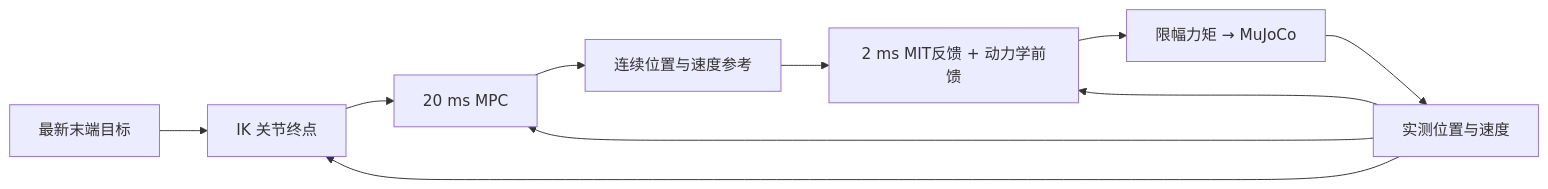
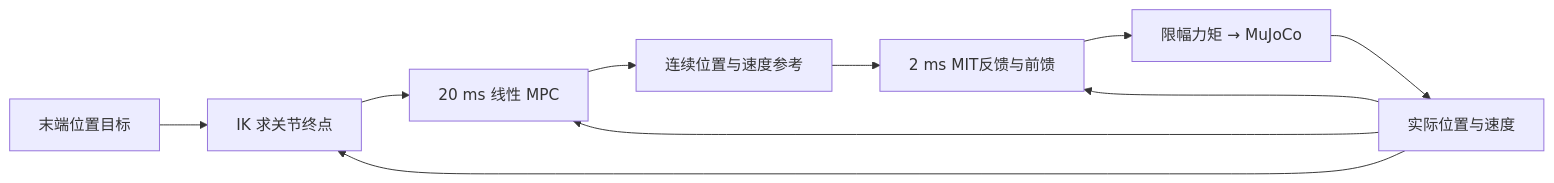
One commit to zhangfuyong888/franka_mpc changed the diagram in README.md. Above: the diagram before and after it, drawn with Mermaid. The commit also changed other lines of this file and 117 other files, not shown here.

````diff
--- a/README.md
+++ b/README.md
@@ -5,12 +13,12 @@
 ```mermaid
 flowchart LR
-    G[最新末端目标] --> I[IK 关节终点]
-    I --> M[20 ms MPC]
+    G[末端位置目标] --> I[IK 求关节终点]
+    I --> M[20 ms 线性 MPC]
     M --> R[连续位置与速度参考]
-    R --> C[2 ms MIT反馈 + 动力学前馈]
+    R --> C[2 ms MIT反馈与前馈]
     C --> P[限幅力矩 → MuJoCo]
-    P --> S[实测位置与速度]
+    P --> S[实际位置与速度]
     S --> M
     S --> C
     S --> I
 ```
````
